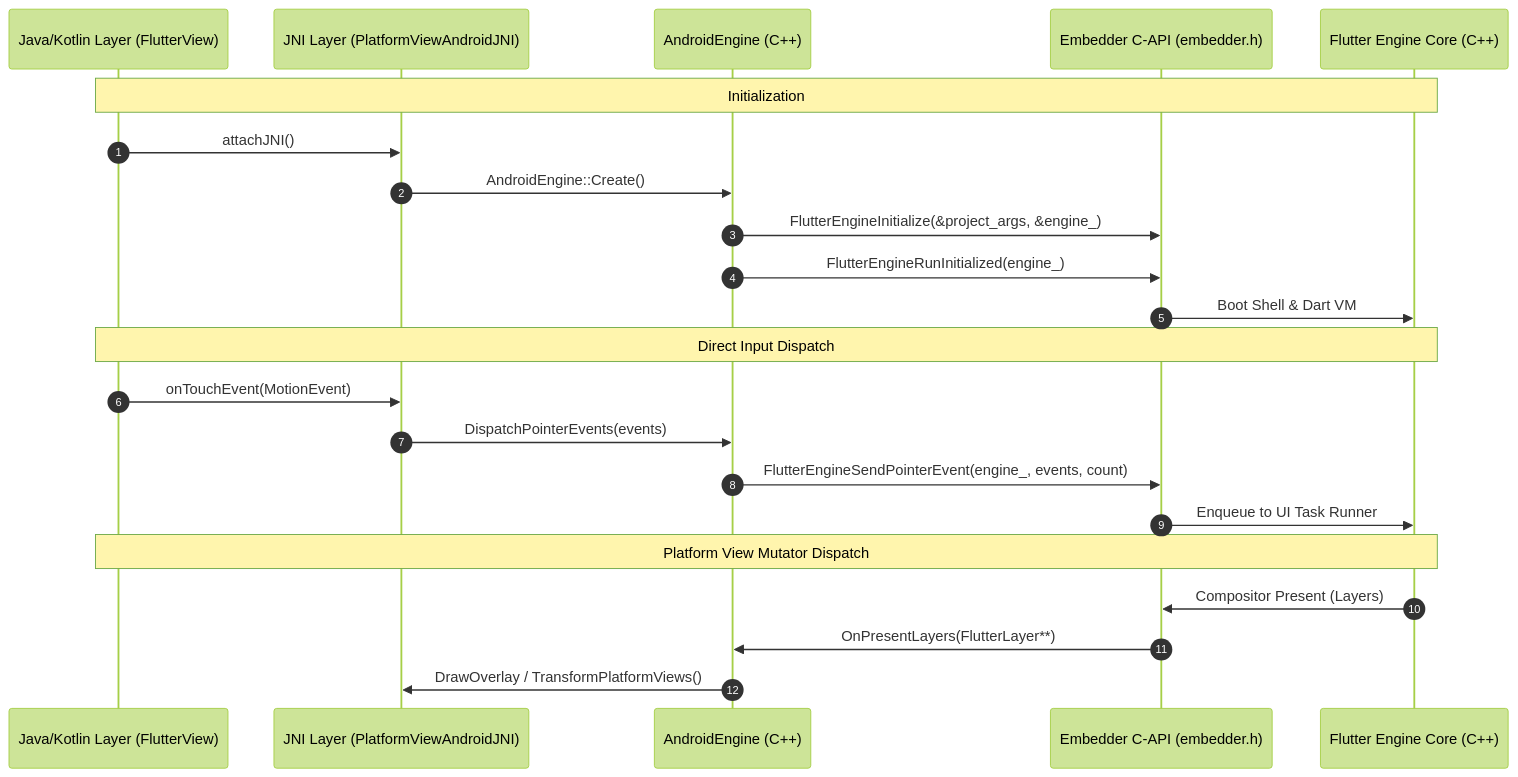
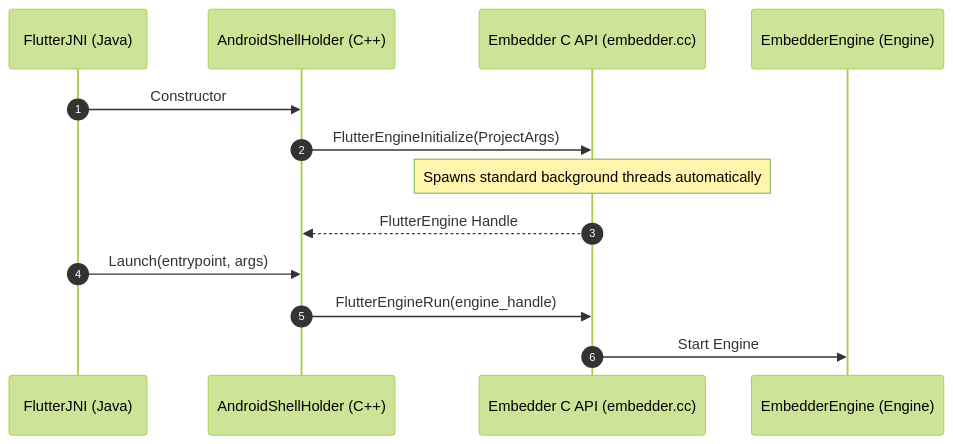
One commit to mboetger/rfc changed the fifth of 5 diagrams in rfc/410.0000-flutter-android-embedder-c-api-migration.md. Above: the diagram before and after it, drawn with Mermaid (forest theme). The commit also changed other lines of this file, not shown here.

Commit message:
docs(rfc): replace original document images with native Mermaid diagrams

````diff
--- a/rfc/410.0000-flutter-android-embedder-c-api-migration.md
+++ b/rfc/410.0000-flutter-android-embedder-c-api-migration.md
@@ -446,27 +504,16 @@
 ```mermaid
 sequenceDiagram
     autonumber
-    participant Java as Java/Kotlin Layer (FlutterView)
-    participant JNI as JNI Layer (PlatformViewAndroidJNI)
-    participant Host as AndroidEngine (C++)
-    participant CAPI as Embedder C-API (embedder.h)
-    participant Engine as Flutter Engine Core (C++)
+    participant FlutterJNI as FlutterJNI (Java)
+    participant AndroidShellHolder as AndroidShellHolder (C++)
+    participant EmbedderCAPI as Embedder C API (embedder.cc)
+    participant EmbedderEngine as EmbedderEngine (Engine)
 
-    Note over Java,Engine: Initialization
-    Java->>JNI: attachJNI()
-    JNI->>Host: AndroidEngine::Create()
-    Host->>CAPI: FlutterEngineInitialize(&project_args, &engine_)
-    Host->>CAPI: FlutterEngineRunInitialized(engine_)
-    CAPI->>Engine: Boot Shell & Dart VM
-
-    Note over Java,Engine: Direct Input Dispatch
-    Java->>JNI: onTouchEvent(MotionEvent)
-    JNI->>Host: DispatchPointerEvents(events)
-    Host->>CAPI: FlutterEngineSendPointerEvent(engine_, events, count)
-    CAPI->>Engine: Enqueue to UI Task Runner
-
-    Note over Java,Engine: Platform View Mutator Dispatch
-    Engine->>CAPI: Compositor Present (Layers)
-    CAPI->>Host: OnPresentLayers(FlutterLayer**)
-    Host->>JNI: DrawOverlay / TransformPlatformViews()
+    FlutterJNI->>AndroidShellHolder: Constructor
+    AndroidShellHolder->>EmbedderCAPI: FlutterEngineInitialize(ProjectArgs)
+    Note over EmbedderCAPI: Spawns standard background threads automatically
+    EmbedderCAPI-->>AndroidShellHolder: FlutterEngine Handle
+    FlutterJNI->>AndroidShellHolder: Launch(entrypoint, args)
+    AndroidShellHolder->>EmbedderCAPI: FlutterEngineRun(engine_handle)
+    EmbedderCAPI->>EmbedderEngine: Start Engine
 ```
````
